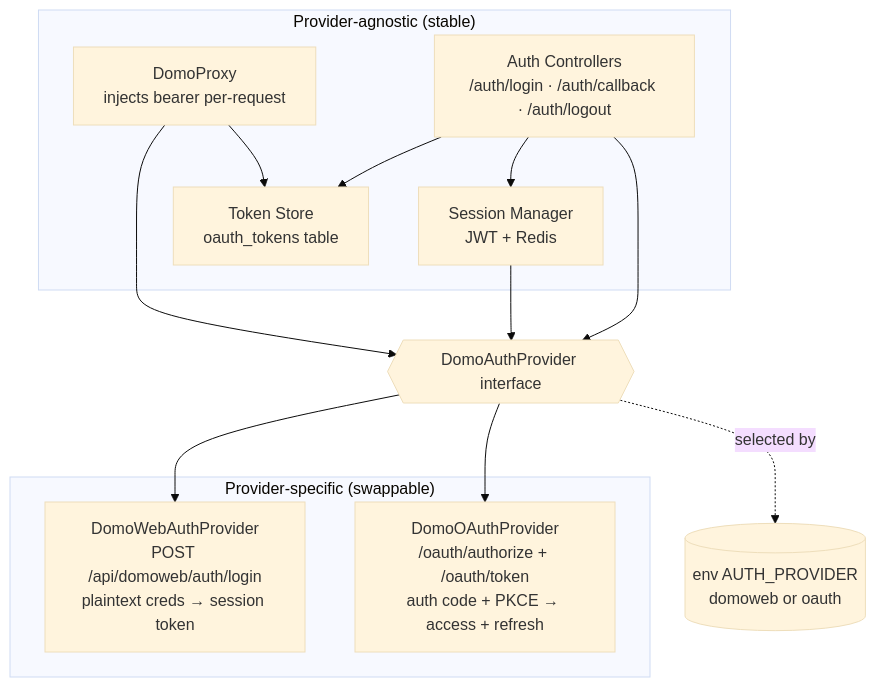
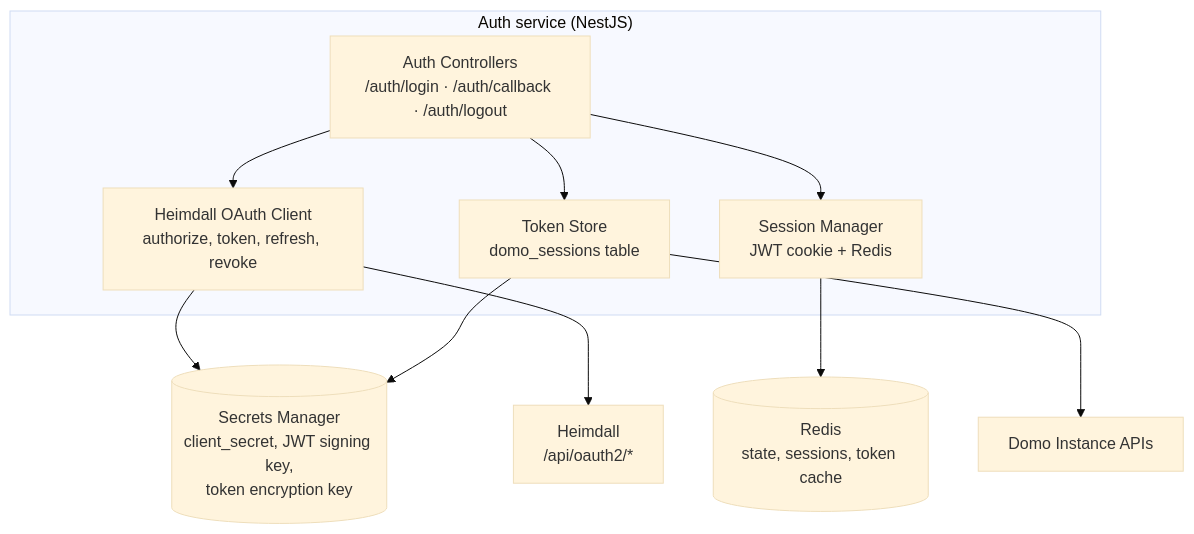
One commit to emmetuft/huckleberry-server changed the diagram in docs/diagrams/auth-providers.md. Above: the diagram before and after it, drawn with Mermaid (base theme). The commit also changed other lines of this file and 5 other files, not shown here.

First line of the commit message:
docs(diagrams): update auth flow to use Heimdall OAuth and retire old flows

````diff
--- a/docs/diagrams/auth-providers.md
+++ b/docs/diagrams/auth-providers.md
@@ -7,29 +11,23 @@
 ```mermaid
 graph TB
-    subgraph "Provider-agnostic (stable)"
+    subgraph "Auth service (NestJS)"
         CTRL[Auth Controllers<br/>/auth/login · /auth/callback · /auth/logout]
-        SESS_MGR[Session Manager<br/>JWT + Redis]
-        TOKEN_STORE[Token Store<br/>oauth_tokens table]
-        PROXY[DomoProxy<br/>injects bearer per-request]
+        SESS_MGR[Session Manager<br/>JWT cookie + Redis]
+        TOKEN_STORE[Token Store<br/>domo_sessions table]
+        OAUTH_CLIENT[Heimdall OAuth Client<br/>authorize, token, refresh, revoke]
     end
 
-    IFACE{{DomoAuthProvider interface}}
+    SM[(Secrets Manager<br/>client_secret, JWT signing key,<br/>token encryption key)]
+    REDIS[(Redis<br/>state, sessions, token cache)]
+    H[Heimdall<br/>/api/oauth2/*]
+    D[Domo Instance APIs]
 
-    subgraph "Provider-specific (swappable)"
-        WEB[DomoWebAuthProvider<br/>POST /api/domoweb/auth/login<br/>plaintext creds → session token]
-        OAUTH[DomoOAuthProvider<br/>/oauth/authorize + /oauth/token<br/>auth code + PKCE → access + refresh]
-    end
-
-    CFG[("env AUTH_PROVIDER<br/>domoweb or oauth")]
-
-    CTRL --> IFACE
-    SESS_MGR --> IFACE
-    PROXY --> IFACE
-    IFACE -.selected by.-> CFG
-    IFACE --> WEB
-    IFACE --> OAUTH
-
+    CTRL --> OAUTH_CLIENT
     CTRL --> SESS_MGR
     CTRL --> TOKEN_STORE
-    PROXY --> TOKEN_STORE
+    OAUTH_CLIENT --> SM
+    OAUTH_CLIENT --> H
+    SESS_MGR --> REDIS
+    TOKEN_STORE --> SM
+    TOKEN_STORE --> D
 ```
````
